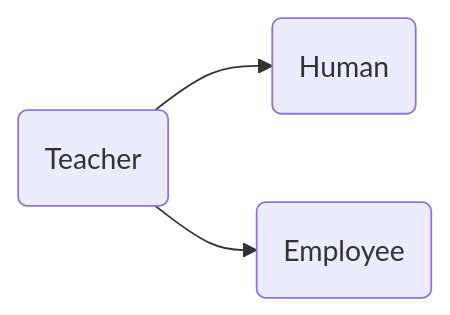
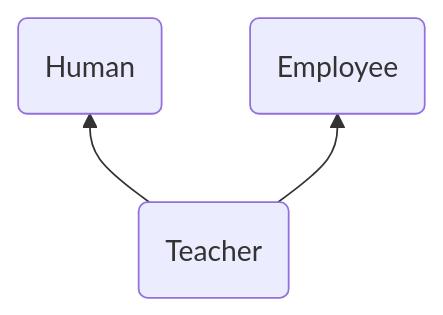
Before and after one commit to Tarasqua/ravesli_cpp: the diagram in ravesli_cpp_ch11.md, drawn with Mermaid. The commit also changed other lines of this file, not shown here.

````diff
--- a/ravesli_cpp_ch11.md
+++ b/ravesli_cpp_ch11.md
@@ -704,5 +705,5 @@
 ```mermaid
-graph LR
+graph BT
     A(Teacher) --> B(Human)
     A --> C(Employee)
 ```
````
